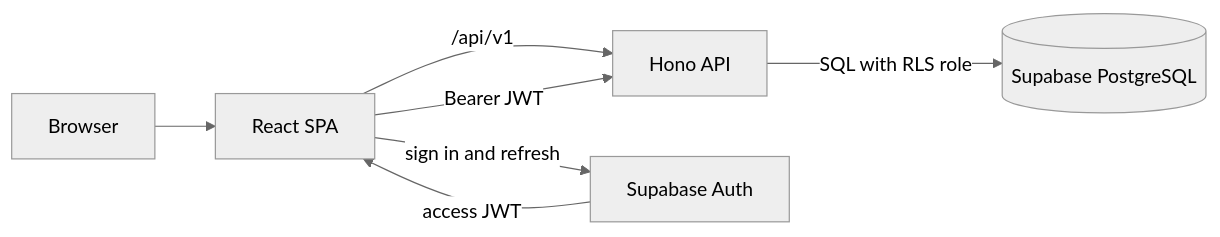
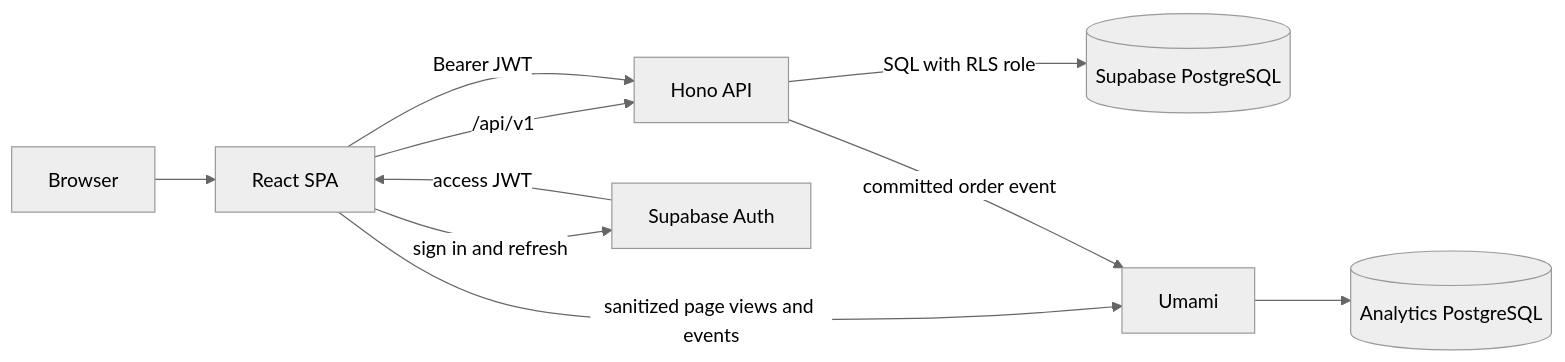
Before and after one commit to agrayush13/laundry-lo-src: the diagram in docs/architecture.md, drawn with Mermaid (neutral theme). The commit also changed other lines of this file and 9 other files, not shown here.

````diff
--- a/docs/architecture.md
+++ b/docs/architecture.md
@@ -13,9 +13,12 @@
 ```mermaid
 flowchart LR
     Browser --> SPA[React SPA]
     SPA -->|/api/v1| API[Hono API]
     API -->|SQL with RLS role| DB[(Supabase PostgreSQL)]
     SPA -->|sign in and refresh| Auth[Supabase Auth]
     Auth -->|access JWT| SPA
     SPA -->|Bearer JWT| API
+    SPA -->|sanitized page views and events| Analytics[Umami]
+    API -->|committed order event| Analytics
+    Analytics --> AnalyticsDB[(Analytics PostgreSQL)]
 ```
````
